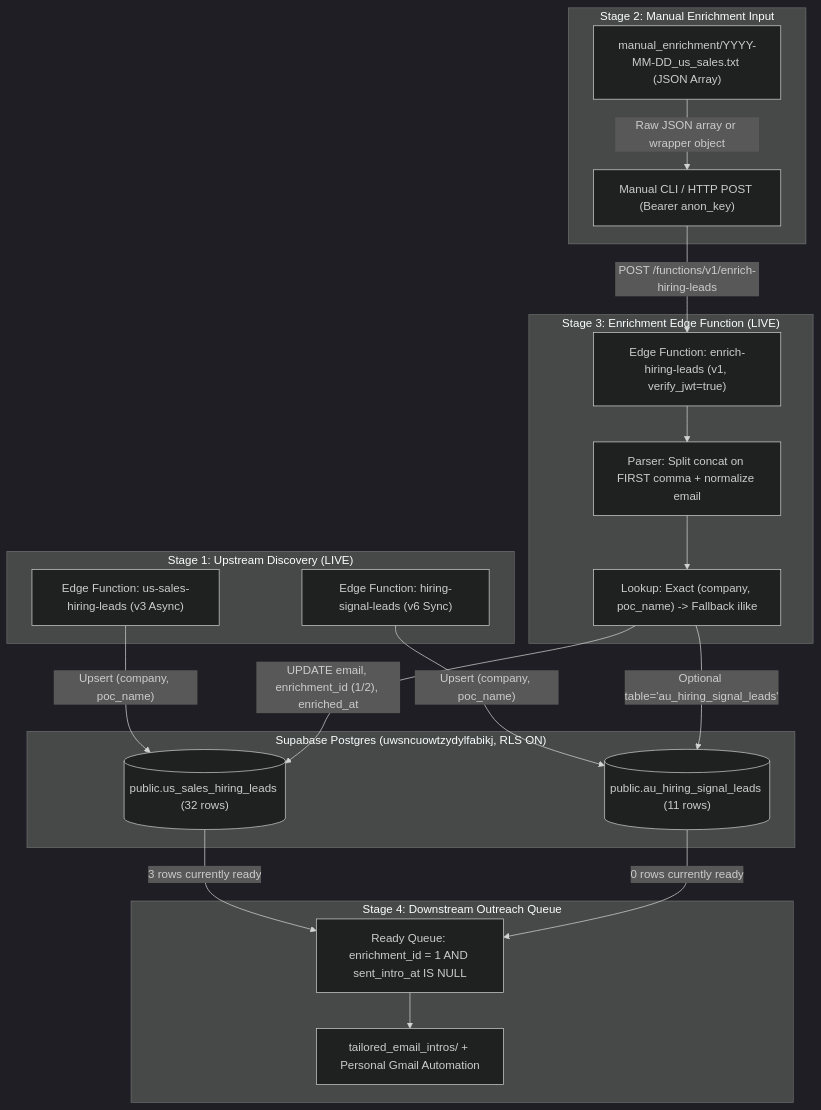
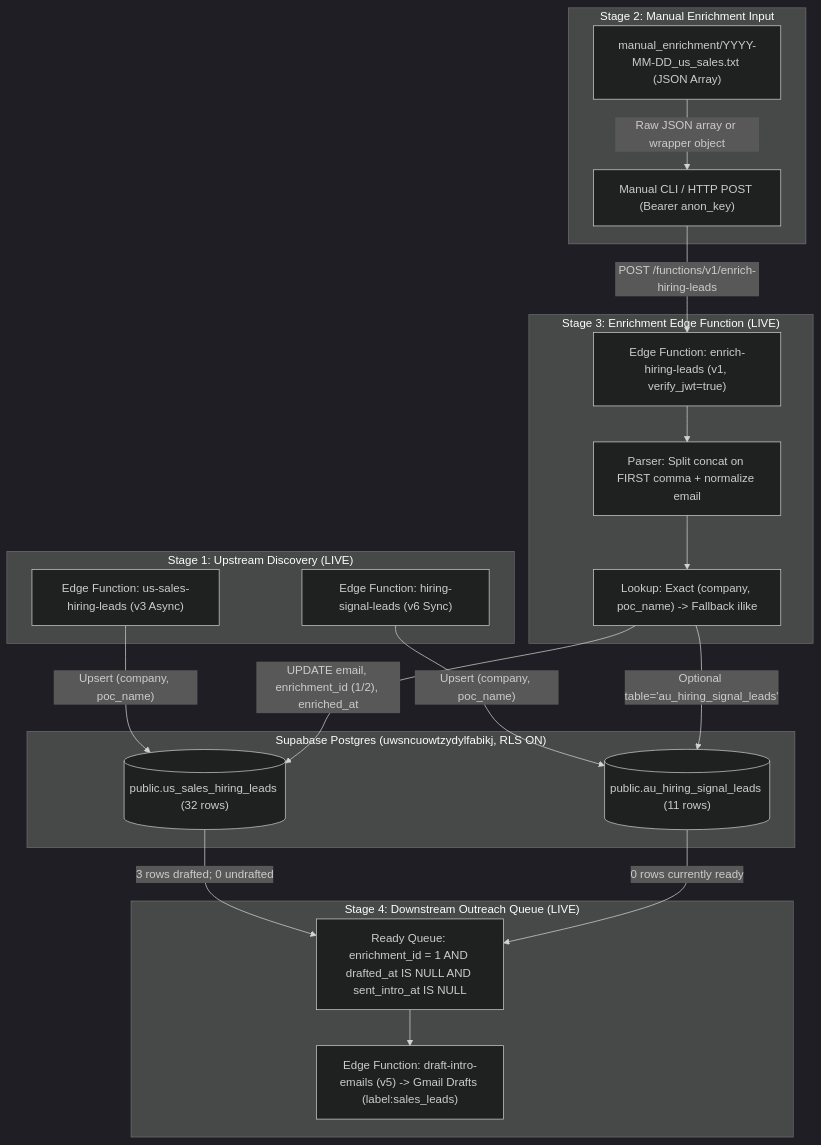
Before and after one commit to yen93/personal_client_finder: the first of 3 diagrams in system_architecture/system_architecture_lead_enrichment.md, drawn with Mermaid (dark theme). The commit also changed other lines of this file and 9 other files, not shown here.

````diff
--- a/system_architecture/system_architecture_lead_enrichment.md
+++ b/system_architecture/system_architecture_lead_enrichment.md
@@ -22,39 +22,39 @@
 ```mermaid
 flowchart TD
     subgraph S1["Stage 1: Upstream Discovery (LIVE)"]
         EF_US["Edge Function: us-sales-hiring-leads (v3 Async)"]
         EF_AU["Edge Function: hiring-signal-leads (v6 Sync)"]
     end
 
     subgraph S2["Stage 2: Manual Enrichment Input"]
         File["manual_enrichment/YYYY-MM-DD_us_sales.txt (JSON Array)"]
         Caller["Manual CLI / HTTP POST (Bearer anon_key)"]
     end
 
     subgraph S3["Stage 3: Enrichment Edge Function (LIVE)"]
         EF_Enrich["Edge Function: enrich-hiring-leads (v1, verify_jwt=true)"]
         Parse["Parser: Split concat on FIRST comma + normalize email"]
         Lookup["Lookup: Exact (company, poc_name) -> Fallback ilike"]
     end
 
     subgraph DB["Supabase Postgres (uwsncuowtzydylfabikj, RLS ON)"]
         TblUS[("public.us_sales_hiring_leads (32 rows)")]
         TblAU[("public.au_hiring_signal_leads (11 rows)")]
     end
 
-    subgraph S4["Stage 4: Downstream Outreach Queue"]
-        Queue["Ready Queue: enrichment_id = 1 AND sent_intro_at IS NULL"]
-        Intros["tailored_email_intros/ + Personal Gmail Automation"]
+    subgraph S4["Stage 4: Downstream Outreach Queue (LIVE)"]
+        Queue["Ready Queue: enrichment_id = 1 AND drafted_at IS NULL AND sent_intro_at IS NULL"]
+        Intros["Edge Function: draft-intro-emails (v5) -> Gmail Drafts (label:sales_leads)"]
     end
 
     EF_US -- "Upsert (company, poc_name)" --> TblUS
     EF_AU -- "Upsert (company, poc_name)" --> TblAU
     File -- "Raw JSON array or wrapper object" --> Caller
     Caller -- "POST /functions/v1/enrich-hiring-leads" --> EF_Enrich
     EF_Enrich --> Parse --> Lookup
     Lookup -- "UPDATE email, enrichment_id (1/2), enriched_at" --> TblUS
     Lookup -- "Optional table='au_hiring_signal_leads'" --> TblAU
-    TblUS -- "3 rows currently ready" --> Queue
+    TblUS -- "3 rows drafted; 0 undrafted" --> Queue
     TblAU -- "0 rows currently ready" --> Queue
     Queue --> Intros
 ```
````
